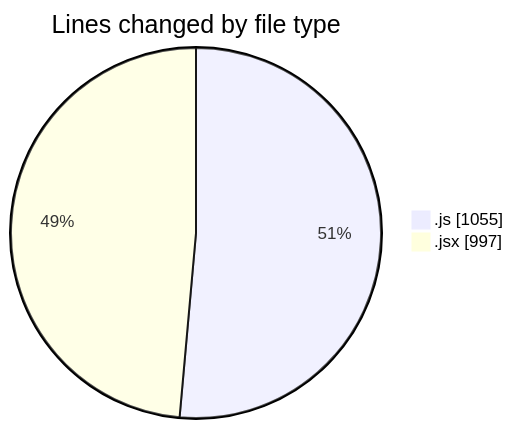
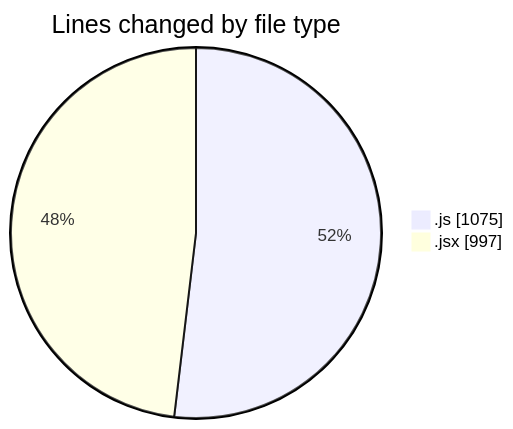
One commit to nxtqubesakshisongat/code-tracking changed the first of 2 diagrams in 2025-04-08/nxtqube_webapp/README.md. Above: the diagram before and after it, drawn with Mermaid. The commit also changed other lines of this file and 1 other file, not shown here.

````diff
--- a/2025-04-08/nxtqube_webapp/README.md
+++ b/2025-04-08/nxtqube_webapp/README.md
@@ -24,6 +24,6 @@
 ```mermaid
 pie showData
 title Lines changed by file type
-".js" : 1055
+".js" : 1075
 ".jsx" : 997
 ```
````
